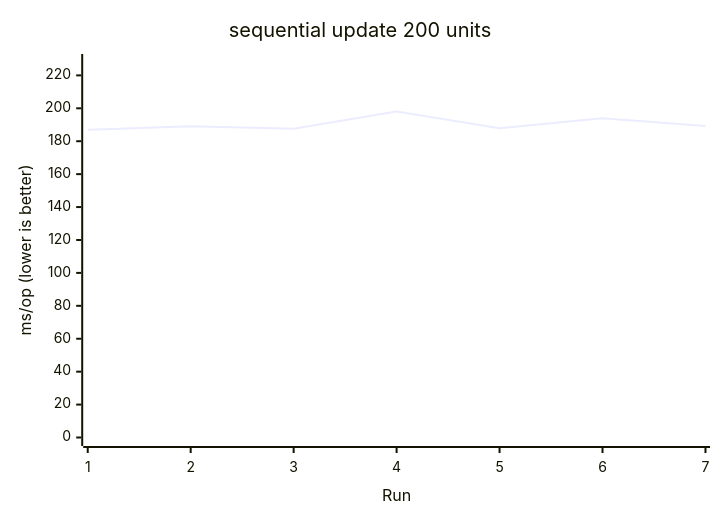
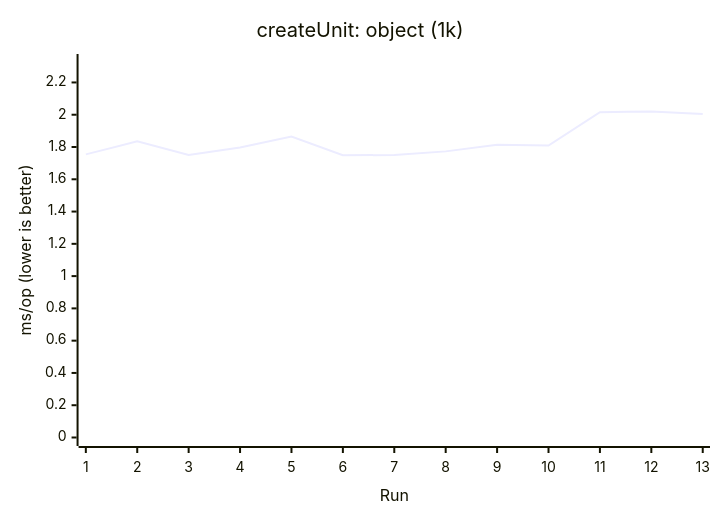
Diagram 12 of 17 in apps/docs/src/content/docs/en/guides/benchmark.mdx (AIluffy/io), drawn with Mermaid before and after one commit. The commit also changed other lines of this file and 11 other files, not shown here.

````diff
--- a/apps/docs/src/content/docs/en/guides/benchmark.mdx
+++ b/apps/docs/src/content/docs/en/guides/benchmark.mdx
@@ -252,7 +341,7 @@
 ```mermaid
 xychart-beta
-  title "sequential update 200 units"
-  x-axis "Run" [1, 2, 3, 4, 5, 6, 7]
-  y-axis "ms/op (lower is better)" 0 --> 227.822
-  line [186.9116, 189.1437, 187.5276, 198.1061, 187.8507, 193.992, 189.2093]
+  title "createUnit: object (1k)"
+  x-axis "Run" [1, 2, 3, 4, 5, 6, 7, 8, 9, 10, 11, 12, 13]
+  y-axis "ms/op (lower is better)" 0 --> 2.3236
+  line [1.7544, 1.8351, 1.7504, 1.7963, 1.8644, 1.7495, 1.7498, 1.7729, 1.8142, 1.8094, 2.0156, 2.0205, 2.0043]
 ```
````
